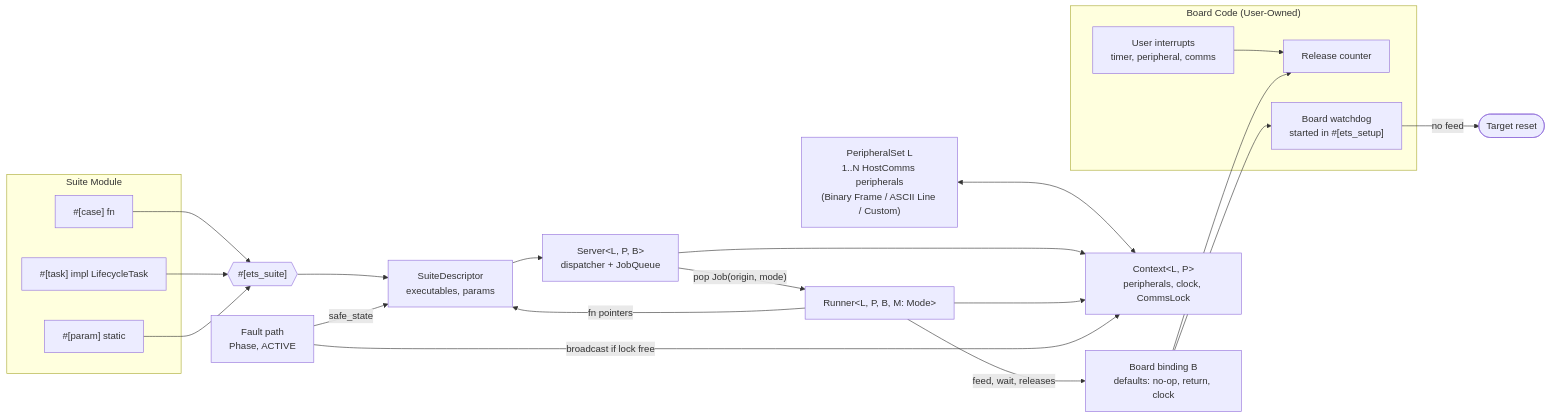
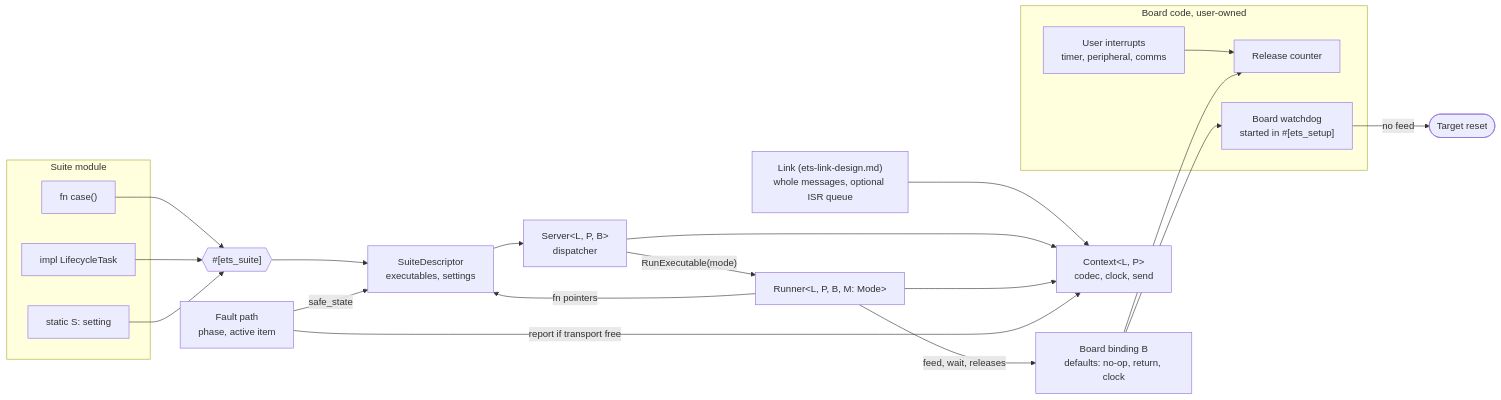
The first of 2 diagrams in documentation/ets/ets-executive-design.md (Dyse-Industries/control-rs), drawn with Mermaid before and after one commit. The commit also changed other lines of this file and 10 other files, not shown here.

````diff
--- a/documentation/ets/ets-executive-design.md
+++ b/documentation/ets/ets-executive-design.md
@@ -156,29 +65,29 @@
 ```mermaid
 flowchart LR
-    subgraph USER["Suite Module"]
-        C["#[case] fn"]
-        T["#[task] impl LifecycleTask"]
-        P["#[param] static"]
+    subgraph USER["Suite module"]
+        C["fn case()"]
+        T["impl LifecycleTask"]
+        P["static S: setting"]
     end
     MAC{{"#[ets_suite]"}}
     C --> MAC
     T --> MAC
     P --> MAC
-    MAC --> SD["SuiteDescriptor<br/>executables, params"]
-    SD --> SRV["Server&lt;L, P, B&gt;<br/>dispatcher + JobQueue"]
-    PER["PeripheralSet L<br/>1..N HostComms peripherals<br/>(Binary Frame / ASCII Line / Custom)"] <--> CTX["Context&lt;L, P&gt;<br/>peripherals, clock, CommsLock"]
+    MAC --> SD["SuiteDescriptor<br/>executables, settings"]
+    SD --> SRV["Server&lt;L, P, B&gt;<br/>dispatcher"]
+    LNK["Link (ets-link-design.md)<br/>whole messages, optional ISR queue"] --> CTX["Context&lt;L, P&gt;<br/>codec, clock, send"]
     SRV --> CTX
-    SRV -->|"pop Job(origin, mode)"| RUN["Runner&lt;L, P, B, M: Mode&gt;"]
+    SRV -->|"RunExecutable(mode)"| RUN["Runner&lt;L, P, B, M: Mode&gt;"]
     RUN --> CTX
     RUN -->|"fn pointers"| SD
-    subgraph BSP["Board Code (User-Owned)"]
+    subgraph BSP["Board code, user-owned"]
         ISR["User interrupts<br/>timer, peripheral, comms"] --> CNT["Release counter"]
         WDT["Board watchdog<br/>started in #[ets_setup]"]
     end
     RUN -->|"feed, wait, releases"| BND["Board binding B<br/>defaults: no-op, return, clock"]
     BND --> WDT
     BND --> CNT
     WDT -->|"no feed"| RST(["Target reset"])
-    FLT["Fault path<br/>Phase, ACTIVE"] -->|"safe_state"| SD
-    FLT -->|"broadcast if lock free"| CTX
+    FLT["Fault path<br/>phase, active item"] -->|"safe_state"| SD
+    FLT -->|"report if transport free"| CTX
 ```
````
